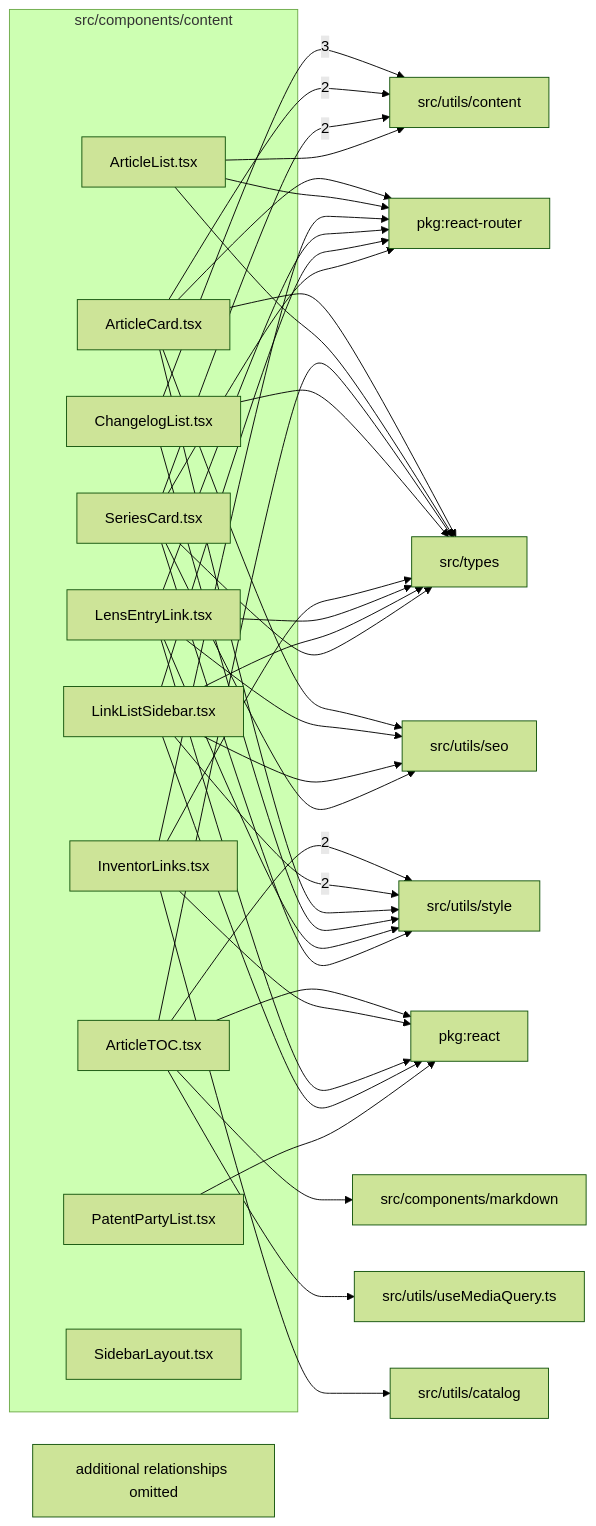
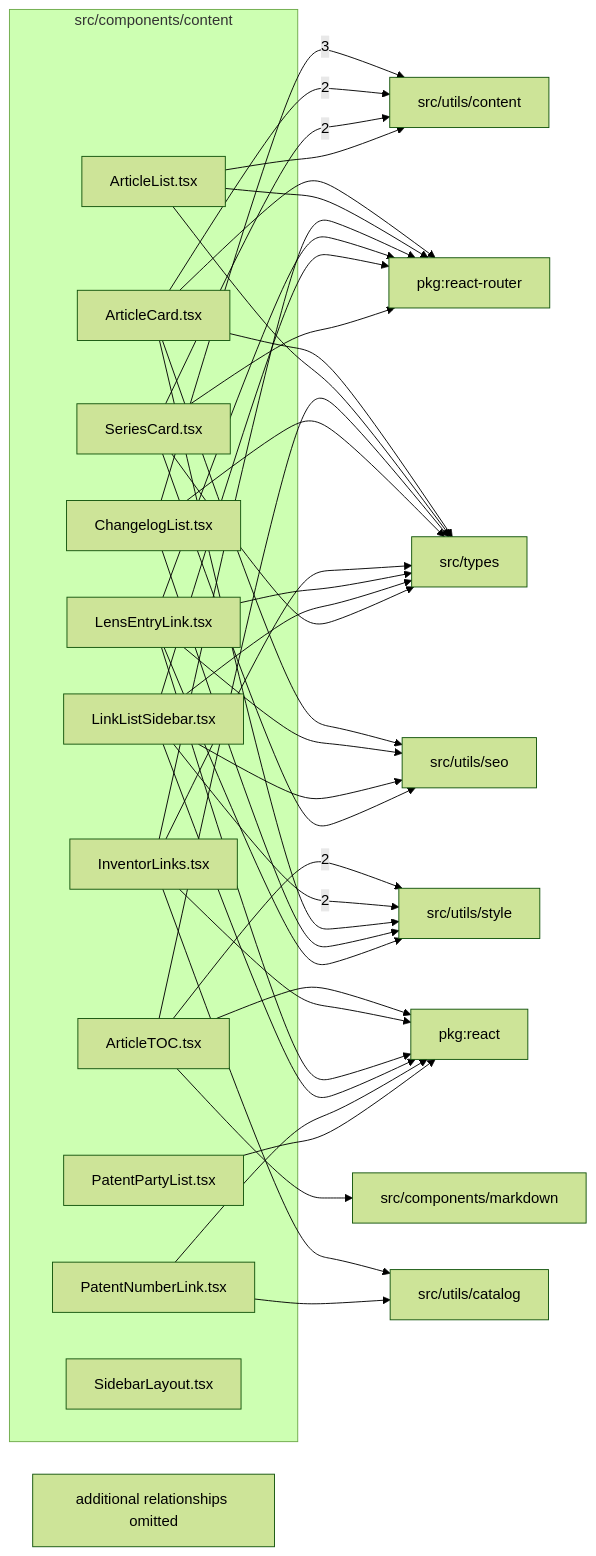
Before and after one commit to ronbuening/LensVisualizer: the diagram in src/components/content/readme.md, drawn with Mermaid (forest theme). The commit also changed other lines of this file and 19 other files, not shown here.

Commit message:
Add patent links across catalog pages

````diff
--- a/src/components/content/readme.md
+++ b/src/components/content/readme.md
@@ -9,61 +9,61 @@
 ```mermaid
 flowchart LR
   subgraph n_src_components_content["src/components/content"]
     n_src_components_content_src_components_content_ArticleCard_tsx["ArticleCard.tsx"]
     n_src_components_content_src_components_content_ArticleList_tsx["ArticleList.tsx"]
     n_src_components_content_src_components_content_ArticleTOC_tsx["ArticleTOC.tsx"]
     n_src_components_content_src_components_content_ChangelogList_tsx["ChangelogList.tsx"]
     n_src_components_content_src_components_content_InventorLinks_tsx["InventorLinks.tsx"]
     n_src_components_content_src_components_content_LensEntryLink_tsx["LensEntryLink.tsx"]
     n_src_components_content_src_components_content_LinkListSidebar_tsx["LinkListSidebar.tsx"]
+    n_src_components_content_src_components_content_PatentNumberLink_tsx["PatentNumberLink.tsx"]
     n_src_components_content_src_components_content_PatentPartyList_tsx["PatentPartyList.tsx"]
     n_src_components_content_src_components_content_SeriesCard_tsx["SeriesCard.tsx"]
     n_src_components_content_src_components_content_SidebarLayout_tsx["SidebarLayout.tsx"]
   end
   n_external_src_utils_content["src/utils/content"]
   n_external_src_utils_style["src/utils/style"]
   n_external_pkg_react["pkg:react"]
   n_external_pkg_react_router["pkg:react-router"]
   n_external_src_components_markdown["src/components/markdown"]
   n_external_src_types["src/types"]
   n_external_src_utils_catalog["src/utils/catalog"]
   n_external_src_utils_seo["src/utils/seo"]
-  n_external_src_utils_useMediaQuery_ts["src/utils/useMediaQuery.ts"]
   n_src_components_content_src_components_content_ChangelogList_tsx --> |3| n_external_src_utils_content
   n_src_components_content_src_components_content_ArticleCard_tsx --> |2| n_external_src_utils_content
   n_src_components_content_src_components_content_SeriesCard_tsx --> |2| n_external_src_utils_content
   n_src_components_content_src_components_content_ArticleTOC_tsx --> |2| n_external_src_utils_style
   n_src_components_content_src_components_content_LinkListSidebar_tsx --> |2| n_external_src_utils_style
   n_src_components_content_src_components_content_ArticleTOC_tsx --> n_external_pkg_react
   n_src_components_content_src_components_content_InventorLinks_tsx --> n_external_pkg_react
   n_src_components_content_src_components_content_LensEntryLink_tsx --> n_external_pkg_react
   n_src_components_content_src_components_content_LinkListSidebar_tsx --> n_external_pkg_react
+  n_src_components_content_src_components_content_PatentNumberLink_tsx --> n_external_pkg_react
   n_src_components_content_src_components_content_PatentPartyList_tsx --> n_external_pkg_react
   n_src_components_content_src_components_content_ArticleCard_tsx --> n_external_pkg_react_router
   n_src_components_content_src_components_content_ArticleList_tsx --> n_external_pkg_react_router
   n_src_components_content_src_components_content_InventorLinks_tsx --> n_external_pkg_react_router
   n_src_components_content_src_components_content_LensEntryLink_tsx --> n_external_pkg_react_router
   n_src_components_content_src_components_content_LinkListSidebar_tsx --> n_external_pkg_react_router
   n_src_components_content_src_components_content_SeriesCard_tsx --> n_external_pkg_react_router
   n_src_components_content_src_components_content_ArticleTOC_tsx --> n_external_src_components_markdown
   n_src_components_content_src_components_content_ArticleCard_tsx --> n_external_src_types
   n_src_components_content_src_components_content_ArticleList_tsx --> n_external_src_types
   n_src_components_content_src_components_content_ArticleTOC_tsx --> n_external_src_types
   n_src_components_content_src_components_content_ChangelogList_tsx --> n_external_src_types
   n_src_components_content_src_components_content_InventorLinks_tsx --> n_external_src_types
   n_src_components_content_src_components_content_LensEntryLink_tsx --> n_external_src_types
   n_src_components_content_src_components_content_LinkListSidebar_tsx --> n_external_src_types
   n_src_components_content_src_components_content_SeriesCard_tsx --> n_external_src_types
   n_src_components_content_src_components_content_InventorLinks_tsx --> n_external_src_utils_catalog
+  n_src_components_content_src_components_content_PatentNumberLink_tsx --> n_external_src_utils_catalog
   n_src_components_content_src_components_content_ArticleList_tsx --> n_external_src_utils_content
   n_src_components_content_src_components_content_ArticleCard_tsx --> n_external_src_utils_seo
   n_src_components_content_src_components_content_LensEntryLink_tsx --> n_external_src_utils_seo
   n_src_components_content_src_components_content_LinkListSidebar_tsx --> n_external_src_utils_seo
   n_src_components_content_src_components_content_SeriesCard_tsx --> n_external_src_utils_seo
   n_src_components_content_src_components_content_ArticleCard_tsx --> n_external_src_utils_style
   n_src_components_content_src_components_content_ChangelogList_tsx --> n_external_src_utils_style
   n_src_components_content_src_components_content_LensEntryLink_tsx --> n_external_src_utils_style
-  n_src_components_content_src_components_content_SeriesCard_tsx --> n_external_src_utils_style
-  n_src_components_content_src_components_content_ArticleTOC_tsx --> n_external_src_utils_useMediaQuery_ts
   n_src_components_content_truncated["additional relationships omitted"]
 ```
````
